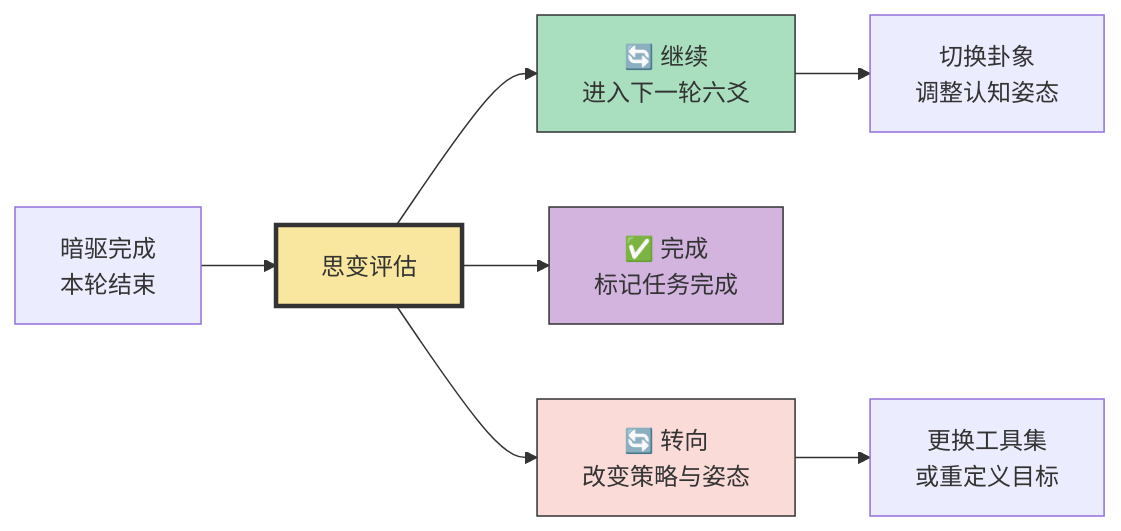
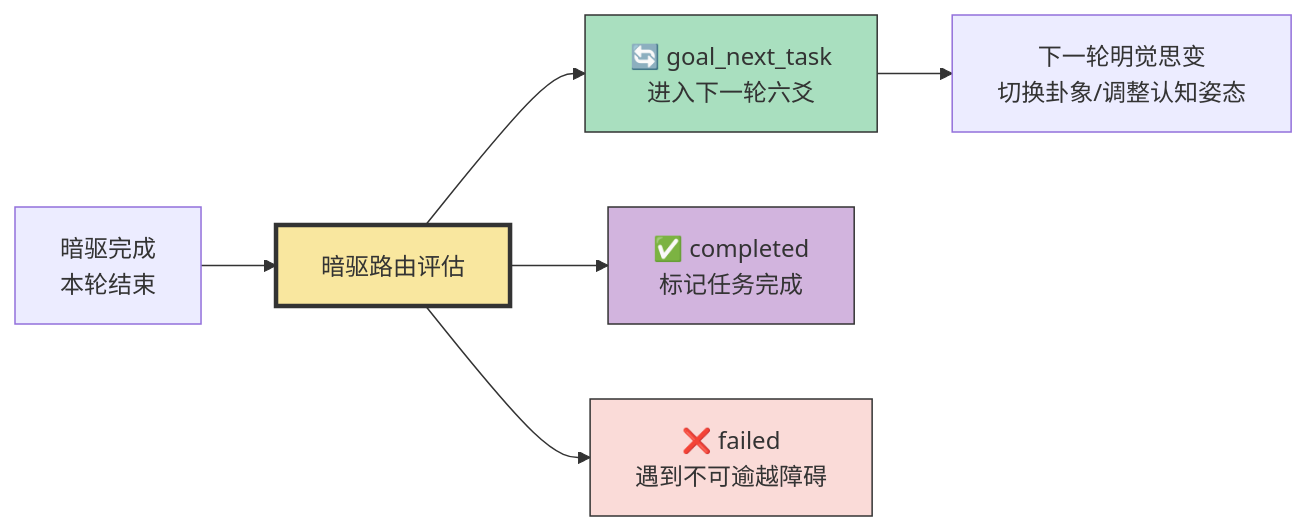
The second of 3 diagrams in docs/实战篇-17-从卡住到破局.md (wenge6090-cell/Taiji), drawn with Mermaid before and after one commit. The commit also changed other lines of this file and 163 other files, not shown here.

````diff
--- a/docs/实战篇-17-从卡住到破局.md
+++ b/docs/实战篇-17-从卡住到破局.md
@@ -111,15 +112,14 @@
 ```mermaid
 graph LR
-    A["暗驱完成<br/>本轮结束"] --> B["思变评估"]
-    B --> C["🔄 继续<br/>进入下一轮六爻"]
-    B --> D["✅ 完成<br/>标记任务完成"]
-    B --> E["🔄 转向<br/>改变策略与姿态"]
+    A["暗驱完成<br/>本轮结束"] --> B["暗驱路由评估"]
+    B --> C["🔄 goal_next_task<br/>进入下一轮六爻"]
+    B --> D["✅ completed<br/>标记任务完成"]
+    B --> E["❌ failed<br/>遇到不可逾越障碍"]
     
-    C --> F["切换卦象<br/>调整认知姿态"]
-    E --> G["更换工具集<br/>或重定义目标"]
+    C --> F["下一轮明觉思变<br/>切换卦象/调整认知姿态"]
     
     style B fill:#f9e79f,stroke:#333,stroke-width:3
     style C fill:#a9dfbf,stroke:#333
     style D fill:#d2b4de,stroke:#333
     style E fill:#fadbd8,stroke:#333
 ```
````
